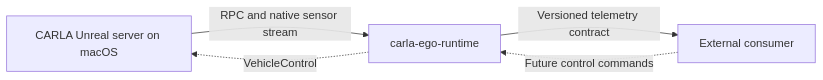
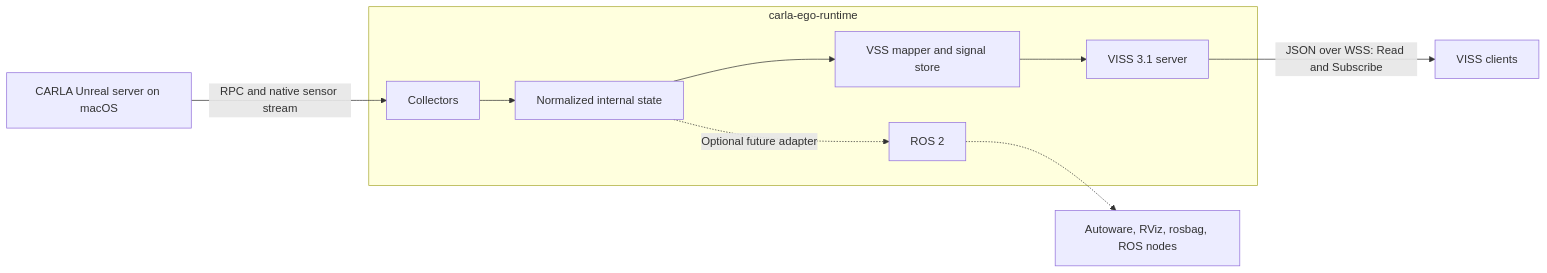
One commit to alexmaninblack/carla-ego-runtime changed the diagram in docs/architecture.md. Above: the diagram before and after it, drawn with Mermaid. The commit also changed other lines of this file and 10 other files, not shown here.

Commit message:
docs: define VISS telemetry profile

````diff
--- a/docs/architecture.md
+++ b/docs/architecture.md
@@ -11,7 +11,12 @@
 ```mermaid
 flowchart LR
-    C["CARLA Unreal server on macOS"] -->|"RPC and native sensor stream"| R["carla-ego-runtime"]
-    R -->|"Versioned telemetry contract"| E["External consumer"]
-    E -. "Future control commands" .-> R
-    R -. "VehicleControl" .-> C
+    subgraph R["carla-ego-runtime"]
+        K["Collectors"] --> N["Normalized internal state"]
+        N --> M["VSS mapper and signal store"]
+        M --> S["VISS 3.1 server"]
+        N -. "Optional future adapter" .-> ROS["ROS 2"]
+    end
+    C["CARLA Unreal server on macOS"] -->|"RPC and native sensor stream"| K
+    S -->|"JSON over WSS: Read and Subscribe"| E["VISS clients"]
+    ROS -.-> X["Autoware, RViz, rosbag, ROS nodes"]
 ```
````
